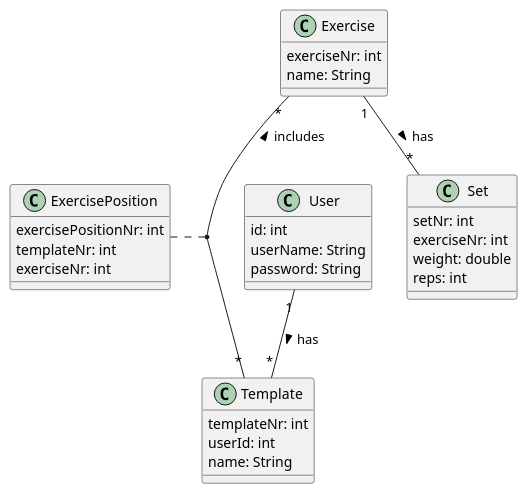
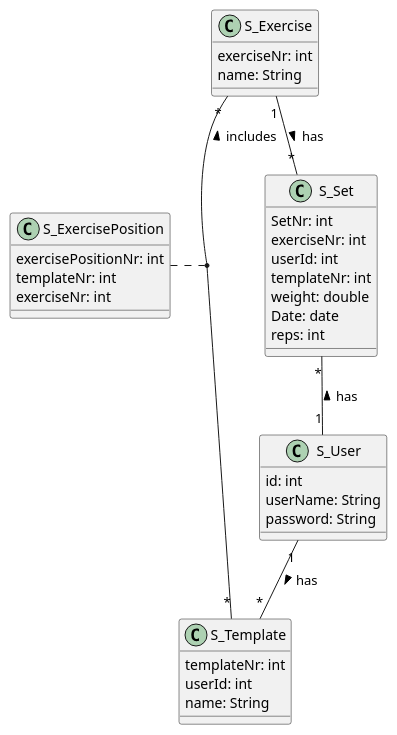
The diagram in plantuml/cld.puml (ab321/stayfit), drawn with PlantUML before and after one commit. The commit also changed 14 other files, not shown here.

```diff
--- a/plantuml/cld.puml
+++ b/plantuml/cld.puml
@@ -1,37 +1,41 @@
 @startuml
-class Exercise {
+class S_Exercise {
 exerciseNr: int
 name: String
 }
 
-class Template {
+class S_Template {
 templateNr: int
 userId: int
 name: String
 }
 
-class Set {
-setNr: int
+class S_Set {
+SetNr: int
 exerciseNr: int
+userId: int
+templateNr: int
 weight: double
+Date: date
 reps: int
 }
 
-class ExercisePosition {
+class S_ExercisePosition {
 exercisePositionNr: int
 templateNr: int
 exerciseNr: int
 }
 
-class User {
+class S_User {
 id: int
 userName: String
 password: String
 }
 
-Exercise "1" -- "*" Set : > has
-Exercise "*" -- "*" Template : < includes
-User "1" -- "*" Template : > has
+S_Exercise "1" -- "*" S_Set : > has
+S_Exercise "*" -- "*" S_Template : < includes
+S_User "1" -- "*" S_Template : > has
+S_Set "*" -- "1" S_User : < has
 
-ExercisePosition .. (Exercise, Template)
+S_ExercisePosition .. (S_Exercise, S_Template)
 @enduml
```
